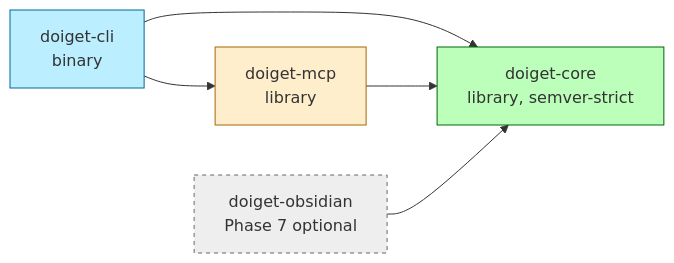
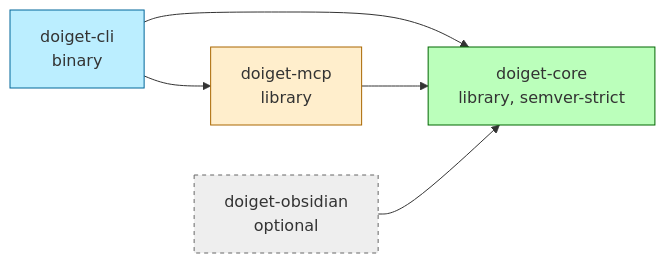
Before and after one commit to QAtlasHub/doiget: the second of 3 diagrams in docs/ARCHITECTURE.md, drawn with Mermaid. The commit also changed other lines of this file and 10 other files, not shown here.

````diff
--- a/docs/ARCHITECTURE.md
+++ b/docs/ARCHITECTURE.md
@@ -86,16 +86,16 @@
 ```mermaid
 flowchart LR
     cli[doiget-cli<br/>binary] --> core[doiget-core<br/>library, semver-strict]
     cli --> mcp[doiget-mcp<br/>library]
     mcp --> core
-    obs[doiget-obsidian<br/>Phase 7 optional] --> core
+    obs[doiget-obsidian<br/>optional] --> core
 
     classDef core fill:#bfb,stroke:#060
     classDef bin fill:#bef,stroke:#069
     classDef mcp fill:#fec,stroke:#a60
     classDef opt fill:#eee,stroke:#666,stroke-dasharray:4
     class core core
     class cli bin
     class mcp mcp
     class obs opt
 ```
````
